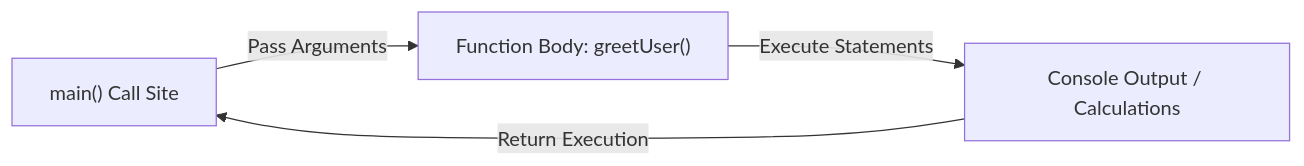
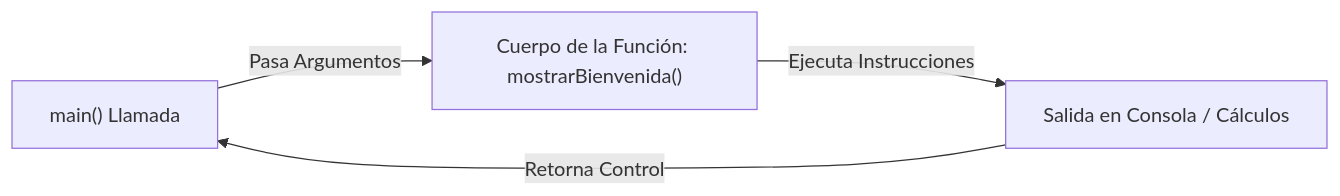
One commit to MiniLux0/LearningCpp changed the diagram in 03_Subroutines/theory/L23_Functions.md. Above: the diagram before and after it, drawn with Mermaid. The commit also changed other lines of this file and 97 other files, not shown here.

````diff
--- a/03_Subroutines/theory/L23_Functions.md
+++ b/03_Subroutines/theory/L23_Functions.md
@@ -30,6 +30,6 @@
 ```mermaid
 graph LR
-    Caller["main() Call Site"] -->|Pass Arguments| Func["Function Body: greetUser()"]
-    Func -->|Execute Statements| Ops["Console Output / Calculations"]
-    Ops -->|Return Execution| Caller
+    Caller["main() Llamada"] -->|Pasa Argumentos| Func["Cuerpo de la Función: mostrarBienvenida()"]
+    Func -->|Ejecuta Instrucciones| Ops["Salida en Consola / Cálculos"]
+    Ops -->|Retorna Control| Caller
 ```
````
